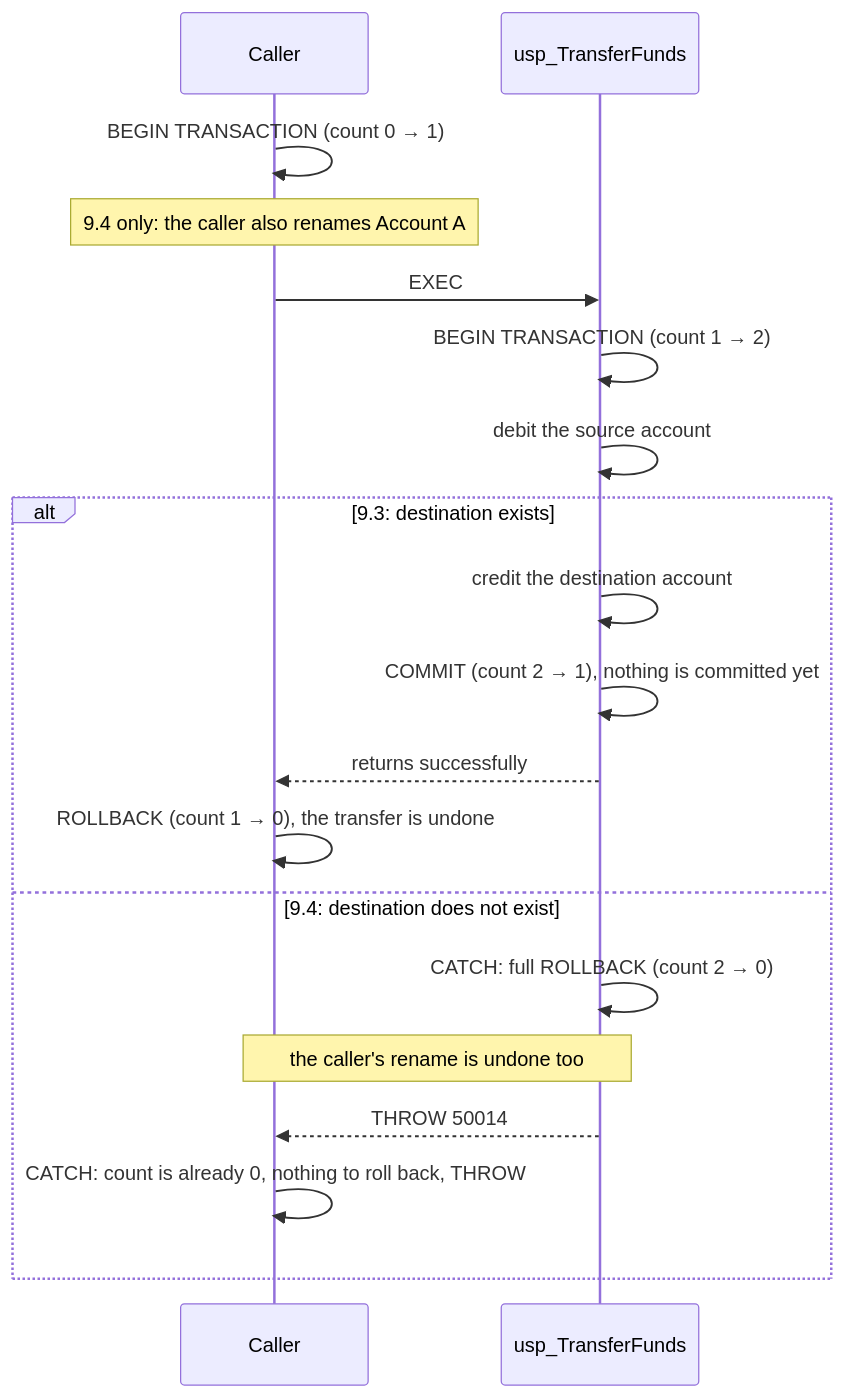
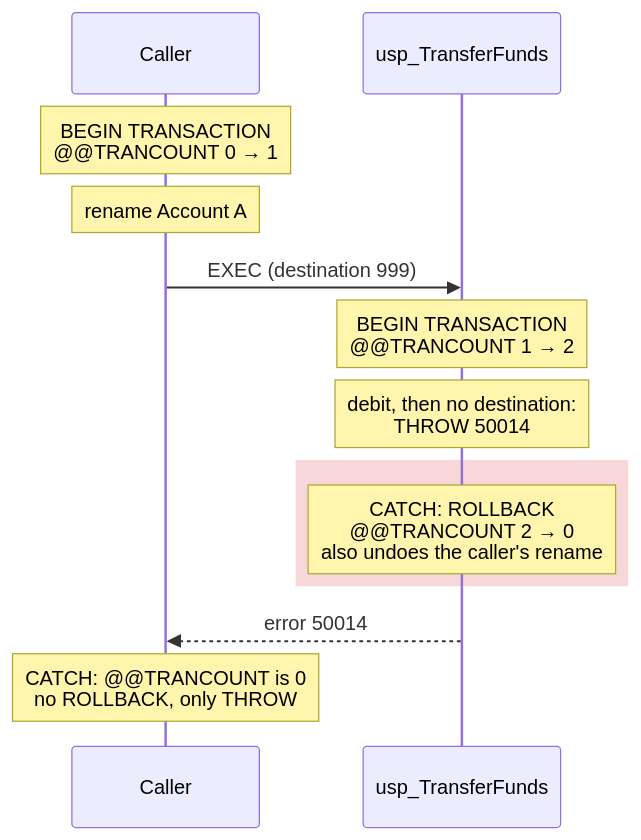
The sixth of 10 diagrams in labs/lab09-transactions.md (tjovic/database-design-labs-public), drawn with Mermaid before and after one commit. The commit also changed other lines of this file, not shown here.

````diff
--- a/labs/lab09-transactions.md
+++ b/labs/lab09-transactions.md
@@ -1485,21 +1551,15 @@
 ```mermaid
 sequenceDiagram
     participant C as Caller
     participant P as usp_TransferFunds
-    C->>C: BEGIN TRANSACTION (count 0 → 1)
-    Note over C: 9.4 only: the caller also renames Account A
-    C->>P: EXEC
-    P->>P: BEGIN TRANSACTION (count 1 → 2)
-    P->>P: debit the source account
-    alt 9.3: destination exists
-        P->>P: credit the destination account
-        P->>P: COMMIT (count 2 → 1), nothing is committed yet
-        P-->>C: returns successfully
-        C->>C: ROLLBACK (count 1 → 0), the transfer is undone
-    else 9.4: destination does not exist
-        P->>P: CATCH: full ROLLBACK (count 2 → 0)
-        Note over C,P: the caller's rename is undone too
-        P-->>C: THROW 50014
-        C->>C: CATCH: count is already 0, nothing to roll back, THROW
+    Note over C: BEGIN TRANSACTION<br>@@TRANCOUNT 0 → 1
+    Note over C: rename Account A
+    C->>P: EXEC (destination 999)
+    Note over P: BEGIN TRANSACTION<br>@@TRANCOUNT 1 → 2
+    Note over P: debit, then no destination:<br>THROW 50014
+    rect rgb(248, 215, 218)
+    Note over P: CATCH: ROLLBACK<br>@@TRANCOUNT 2 → 0<br>also undoes the caller's rename
     end
+    P-->>C: error 50014
+    Note over C: CATCH: @@TRANCOUNT is 0<br>no ROLLBACK, only THROW
 ```
````
